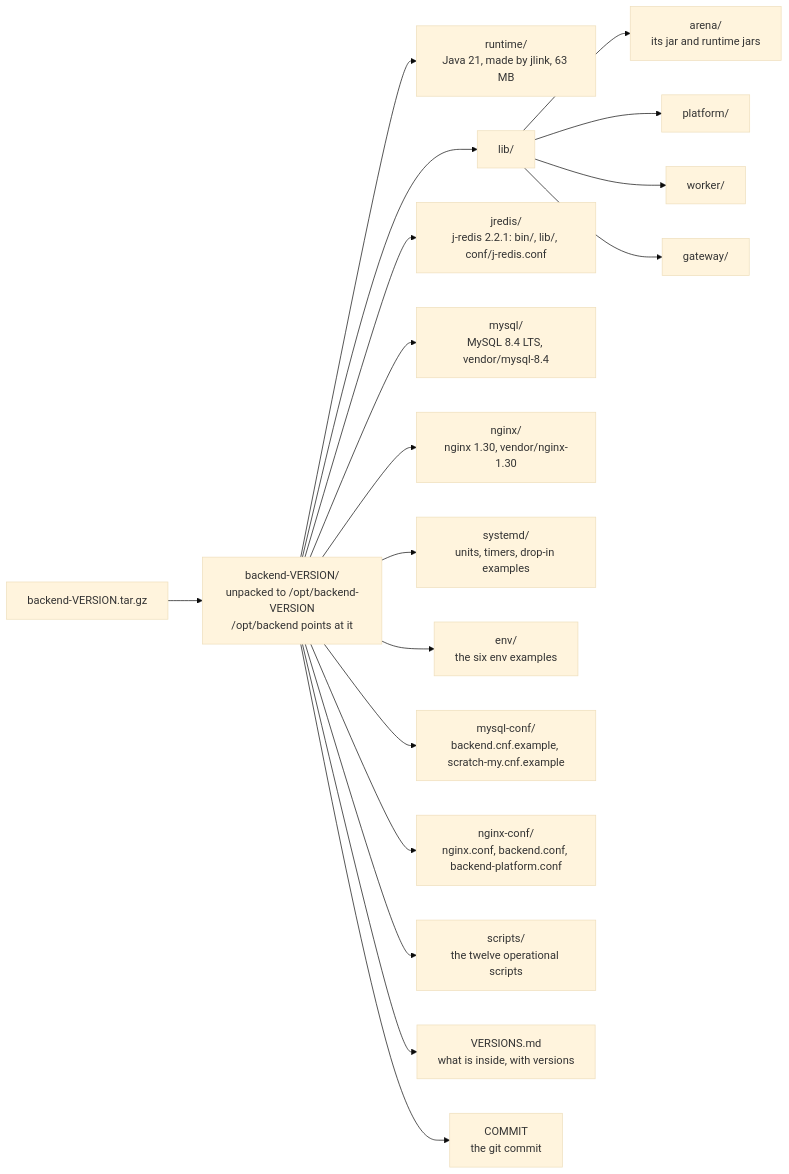
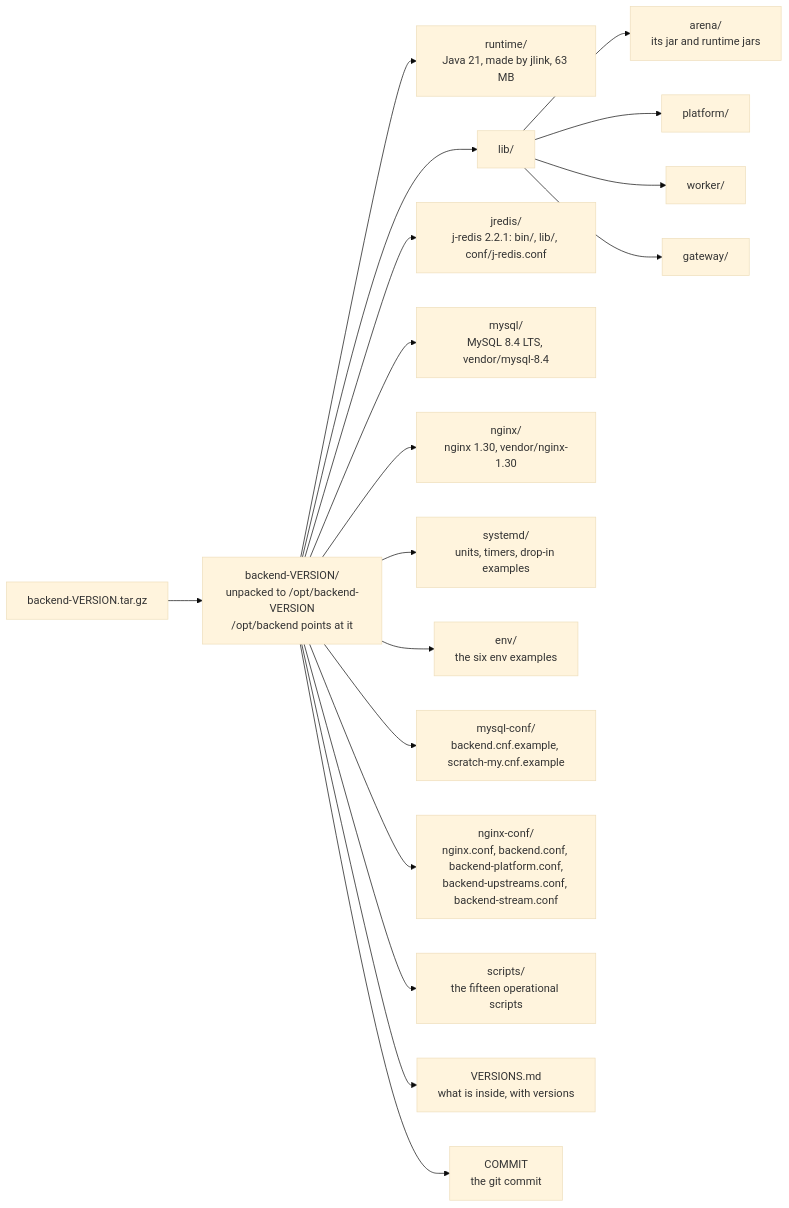
Before and after one commit to greensoft-atom/depio-simulation-platform: the third of 8 diagrams in docs/diagrams/07-deploy-and-operations.md, drawn with Mermaid (base theme). The commit also changed 64 other files, not shown here.

````diff
--- a/docs/diagrams/07-deploy-and-operations.md
+++ b/docs/diagrams/07-deploy-and-operations.md
@@ -119,38 +119,38 @@
 ```mermaid
 flowchart LR
     tgz["backend-VERSION.tar.gz"]
     root["backend-VERSION/<br/>unpacked to /opt/backend-VERSION<br/>/opt/backend points at it"]
     rt["runtime/<br/>Java 21, made by jlink, 63 MB"]
     lib["lib/"]
     la["arena/<br/>its jar and runtime jars"]
     lp["platform/"]
     lw["worker/"]
     lg["gateway/"]
     jr["jredis/<br/>j-redis 2.2.1: bin/, lib/, conf/j-redis.conf"]
     my["mysql/<br/>MySQL 8.4 LTS, vendor/mysql-8.4"]
     ng["nginx/<br/>nginx 1.30, vendor/nginx-1.30"]
     sd["systemd/<br/>units, timers, drop-in examples"]
     ev["env/<br/>the six env examples"]
     mc["mysql-conf/<br/>backend.cnf.example, scratch-my.cnf.example"]
-    nc["nginx-conf/<br/>nginx.conf, backend.conf, backend-platform.conf"]
-    sc["scripts/<br/>the twelve operational scripts"]
+    nc["nginx-conf/<br/>nginx.conf, backend.conf, backend-platform.conf,<br/>backend-upstreams.conf, backend-stream.conf"]
+    sc["scripts/<br/>the fifteen operational scripts"]
     vs["VERSIONS.md<br/>what is inside, with versions"]
     cm["COMMIT<br/>the git commit"]
     tgz --> root
     root --> rt
     root --> lib
     lib --> la
     lib --> lp
     lib --> lw
     lib --> lg
     root --> jr
     root --> my
     root --> ng
     root --> sd
     root --> ev
     root --> mc
     root --> nc
     root --> sc
     root --> vs
     root --> cm
 ```
````
